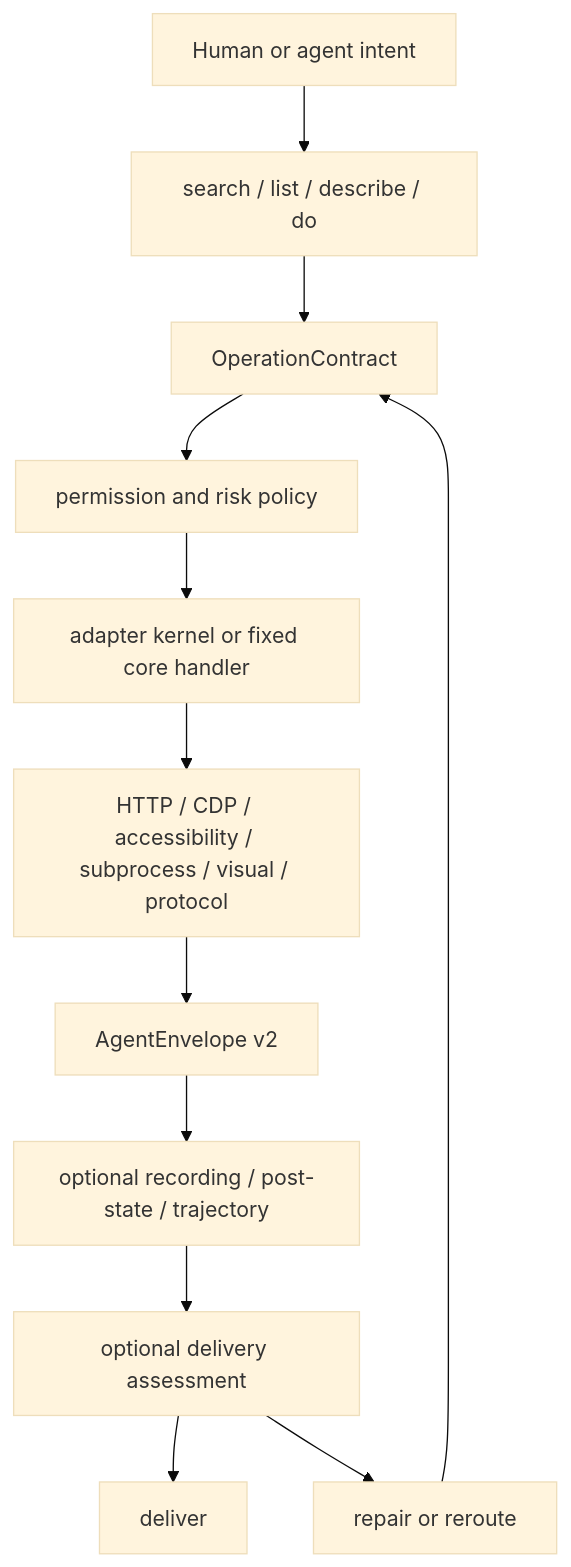
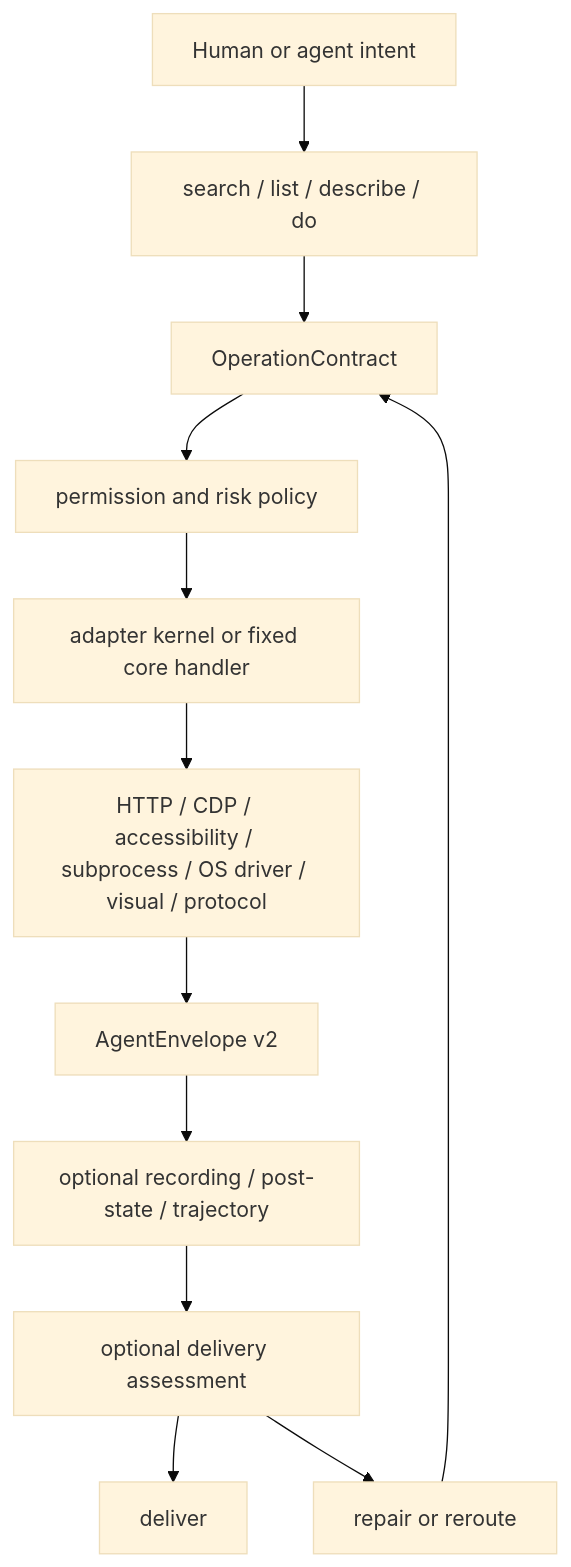
One commit to olo-dot-io/Uni-CLI changed the diagram in docs/ARCHITECTURE.md. Above: the diagram before and after it, drawn with Mermaid (base theme). The commit also changed other lines of this file and 444 other files, not shown here.

````diff
--- a/docs/ARCHITECTURE.md
+++ b/docs/ARCHITECTURE.md
@@ -214,14 +268,14 @@
 ```mermaid
 flowchart TD
   user["Human or agent intent"] --> discover["search / list / describe / do"]
   discover --> contract["OperationContract"]
   contract --> policy["permission and risk policy"]
   policy --> kernel["adapter kernel or fixed core handler"]
-  kernel --> substrate["HTTP / CDP / accessibility / subprocess / visual / protocol"]
+  kernel --> substrate["HTTP / CDP / accessibility / subprocess / OS driver / visual / protocol"]
   substrate --> envelope["AgentEnvelope v2"]
   envelope --> optional["optional recording / post-state / trajectory"]
   optional --> delivery["optional delivery assessment"]
   delivery --> done["deliver"]
   delivery --> repair["repair or reroute"]
   repair --> contract
 ```
````
